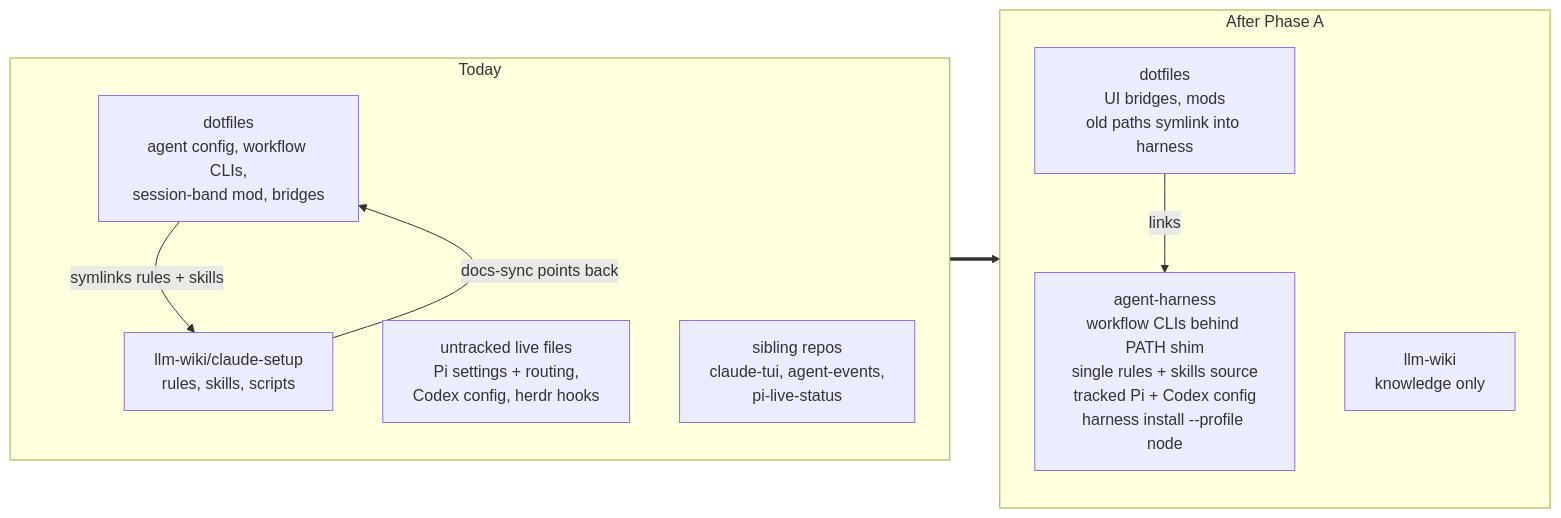
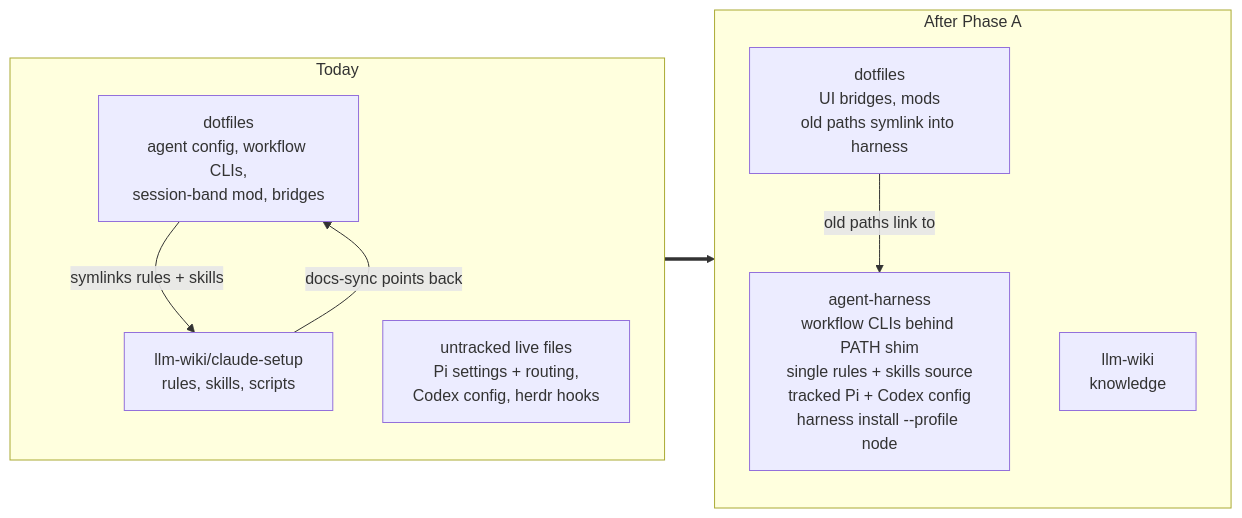
One commit to vietbui1999ru/llm-wiki changed the first of 8 diagrams in docs-site/guides/harness-migration.mdx. Above: the diagram before and after it, drawn with Mermaid. The commit also changed other lines of this file and 3 other files, not shown here.

First line of the commit message:
docs(guides): harness migration as an 8-chart MVP presentation (#61)

````diff
--- a/docs-site/guides/harness-migration.mdx
+++ b/docs-site/guides/harness-migration.mdx
@@ -40,22 +53,21 @@
 ```mermaid
 flowchart LR
     subgraph BEFORE["Today"]
         direction TB
         DF["dotfiles<br>agent config, workflow CLIs,<br>session-band mod, bridges"]
         WK["llm-wiki/claude-setup<br>rules, skills, scripts"]
         LIVE["untracked live files<br>Pi settings + routing,<br>Codex config, herdr hooks"]
-        SIB["sibling repos<br>claude-tui, agent-events,<br>pi-live-status"]
         DF -- "symlinks rules + skills" --> WK
         WK -- "docs-sync points back" --> DF
     end
 
     subgraph AFTER["After Phase A"]
         direction TB
         H["agent-harness<br>workflow CLIs behind PATH shim<br>single rules + skills source<br>tracked Pi + Codex config<br>harness install --profile node"]
         DF2["dotfiles<br>UI bridges, mods<br>old paths symlink into harness"]
-        WK2["llm-wiki<br>knowledge only"]
-        DF2 -- "links" --> H
+        WK2["llm-wiki<br>knowledge"]
+        DF2 -- "old paths link to" --> H
     end
 
     BEFORE ==> AFTER
 ```
````
